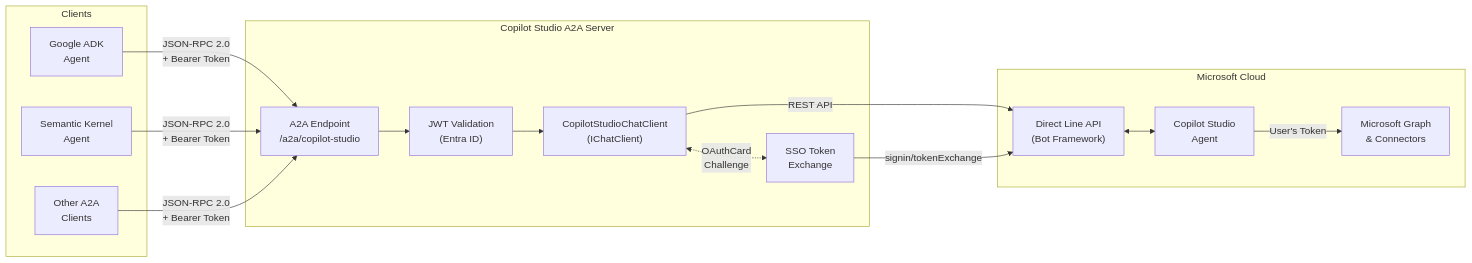
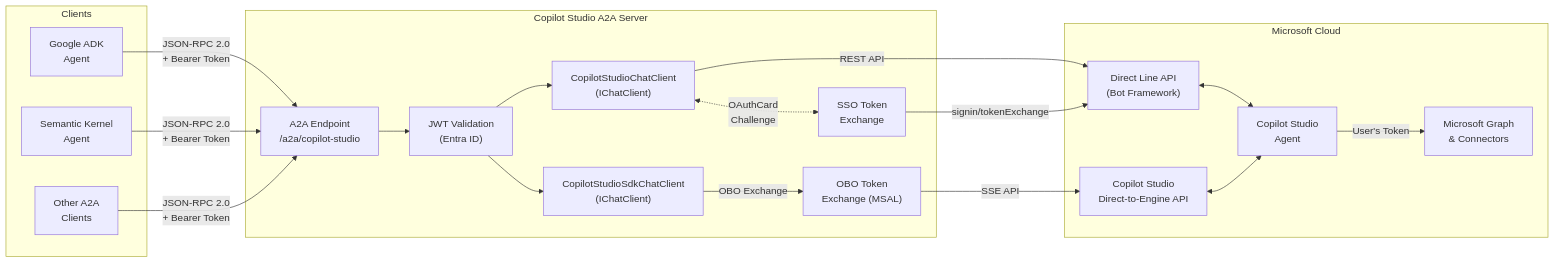
The first of 4 diagrams in docs/architecture.md (bradrlaw/copilot-studio-a2a), drawn with Mermaid before and after one commit. The commit also changed other lines of this file and 3 other files, not shown here.

First line of the commit message:
docs: update README, architecture, authentication, and changelog for SDK mode

````diff
--- a/docs/architecture.md
+++ b/docs/architecture.md
@@ -5,33 +5,40 @@
 ```mermaid
 graph LR
     subgraph Clients
         ADK["Google ADK<br/>Agent"]
         SK["Semantic Kernel<br/>Agent"]
         Other["Other A2A<br/>Clients"]
     end
 
     subgraph A2A["Copilot Studio A2A Server"]
         EP["A2A Endpoint<br/>/a2a/copilot-studio"]
         Auth["JWT Validation<br/>(Entra ID)"]
         Bridge["CopilotStudioChatClient<br/>(IChatClient)"]
+        SdkBridge["CopilotStudioSdkChatClient<br/>(IChatClient)"]
         SSO["SSO Token<br/>Exchange"]
+        OBO["OBO Token<br/>Exchange (MSAL)"]
     end
 
     subgraph Microsoft["Microsoft Cloud"]
         DL["Direct Line API<br/>(Bot Framework)"]
+        CopilotStudioAPI["Copilot Studio<br/>Direct-to-Engine API"]
         CS["Copilot Studio<br/>Agent"]
         Graph["Microsoft Graph<br/>& Connectors"]
     end
 
     ADK -- "JSON-RPC 2.0<br/>+ Bearer Token" --> EP
     SK -- "JSON-RPC 2.0<br/>+ Bearer Token" --> EP
     Other -- "JSON-RPC 2.0<br/>+ Bearer Token" --> EP
 
     EP --> Auth
     Auth --> Bridge
+    Auth --> SdkBridge
     Bridge -- "REST API" --> DL
     Bridge <-. "OAuthCard<br/>Challenge" .-> SSO
     SSO -- "signin/tokenExchange" --> DL
+    SdkBridge -- "OBO Exchange" --> OBO
+    OBO -- "SSE API" --> CopilotStudioAPI
     DL <--> CS
+    CopilotStudioAPI <--> CS
     CS -- "User's Token" --> Graph
 ```
````
